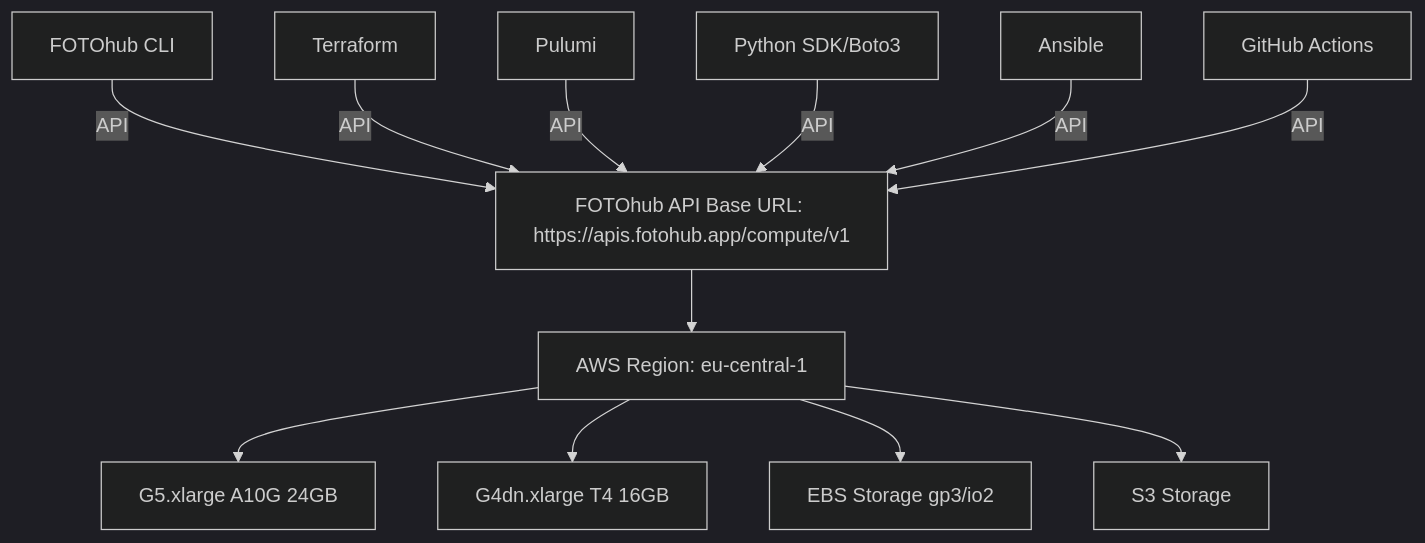
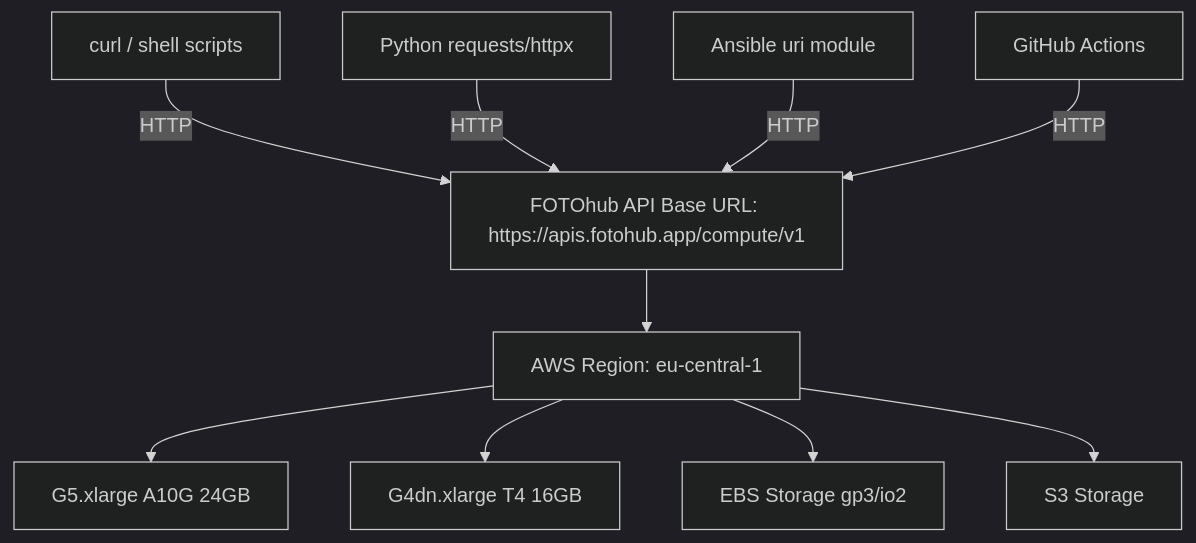
Before and after one commit to fotohubapp/docs: the diagram in compute/cli-iac.md, drawn with Mermaid (dark theme). The commit also changed other lines of this file and 91 other files, not shown here.

````diff
--- a/compute/cli-iac.md
+++ b/compute/cli-iac.md
@@ -9,14 +11,12 @@
 ```mermaid
 graph TD
-    A[FOTOhub CLI] -->|API| E[FOTOhub API Base URL: https://apis.fotohub.app/compute/v1]
-    B[Terraform] -->|API| E
-    C[Pulumi] -->|API| E
-    D[Python SDK/Boto3] -->|API| E
-    F[Ansible] -->|API| E
-    G[GitHub Actions] -->|API| E
+    A[curl / shell scripts] -->|HTTP| E[FOTOhub API Base URL: https://apis.fotohub.app/compute/v1]
+    D[Python requests/httpx] -->|HTTP| E
+    F[Ansible uri module] -->|HTTP| E
+    G[GitHub Actions] -->|HTTP| E
     E --> H[AWS Region: eu-central-1]
     H --> I[G5.xlarge A10G 24GB]
     H --> J[G4dn.xlarge T4 16GB]
     H --> K[EBS Storage gp3/io2]
     H --> L[S3 Storage]
 ```
````
